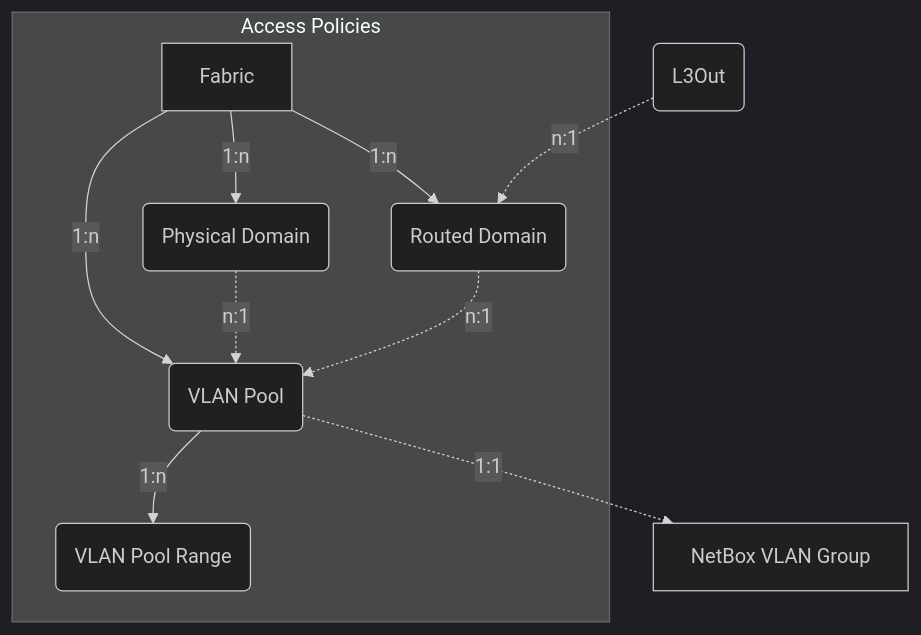
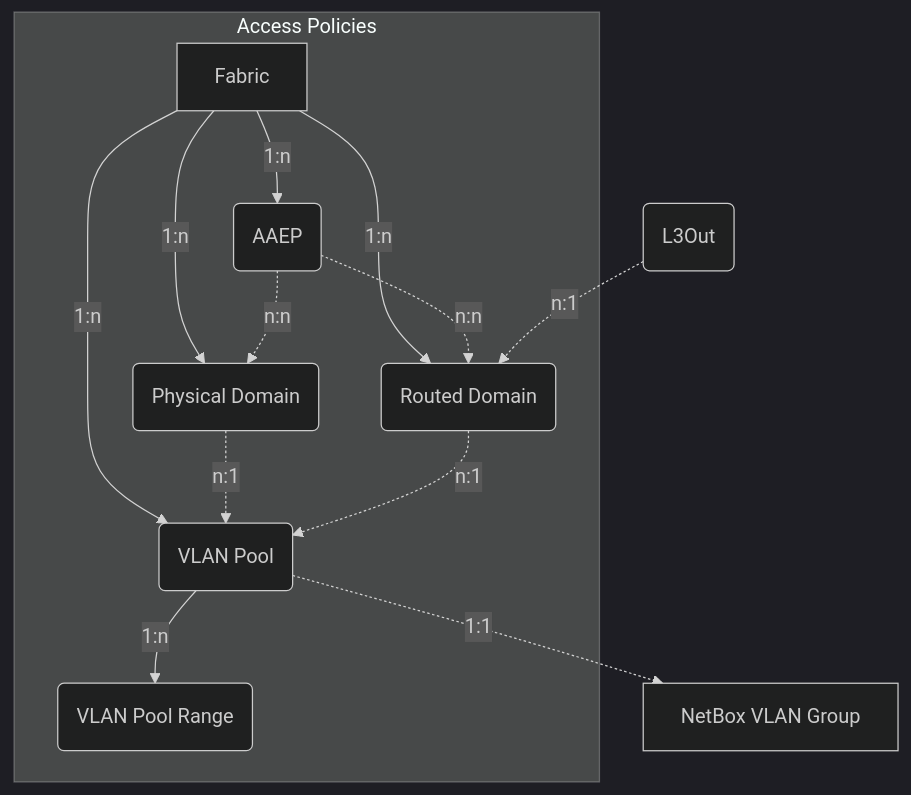
One commit to pheus/netbox-aci-plugin changed the diagram in docs/features/access_policies.md. Above: the diagram before and after it, drawn with Mermaid (dark theme). The commit also changed other lines of this file, not shown here.

First line of the commit message:
docs(access_policies): Document AAEP and Domain bindings

````diff
--- a/docs/features/access_policies.md
+++ b/docs/features/access_policies.md
@@ -7,21 +7,25 @@
 ```mermaid
 flowchart TD
     FAB[Fabric]
+    AAEP(AAEP)
     PD(Physical Domain)
     RD(Routed Domain)
     L3O(L3Out)
     VP(VLAN Pool)
     VPR(VLAN Pool Range)
     NBVG[NetBox VLAN Group]
 
     subgraph graphAP [Access Policies]
+        FAB -->|1:n| AAEP
         FAB -->|1:n| PD
         FAB -->|1:n| RD
         FAB -->|1:n| VP
         VP -->|1:n| VPR
+        AAEP -.->|n:n| PD
+        AAEP -.->|n:n| RD
         PD -.->|n:1| VP
         RD -.->|n:1| VP
     end
     L3O -.->|n:1| RD
     VP -.->|1:1| NBVG
 ```
````
